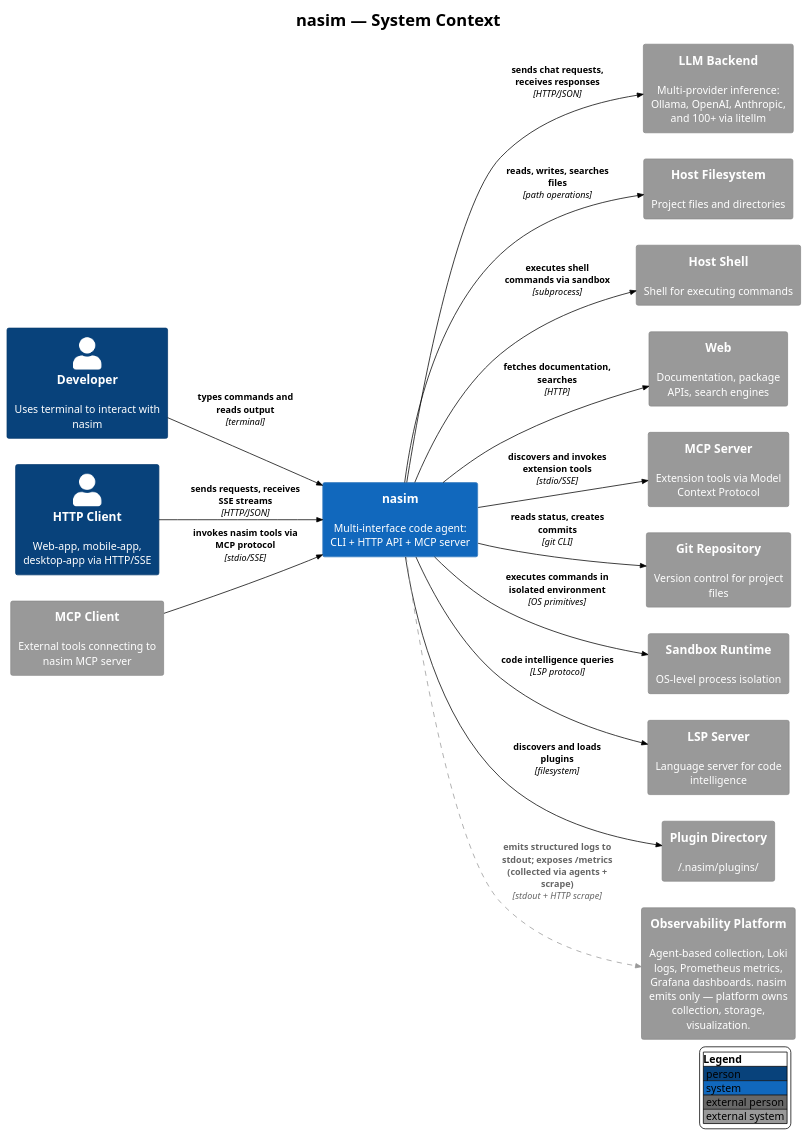
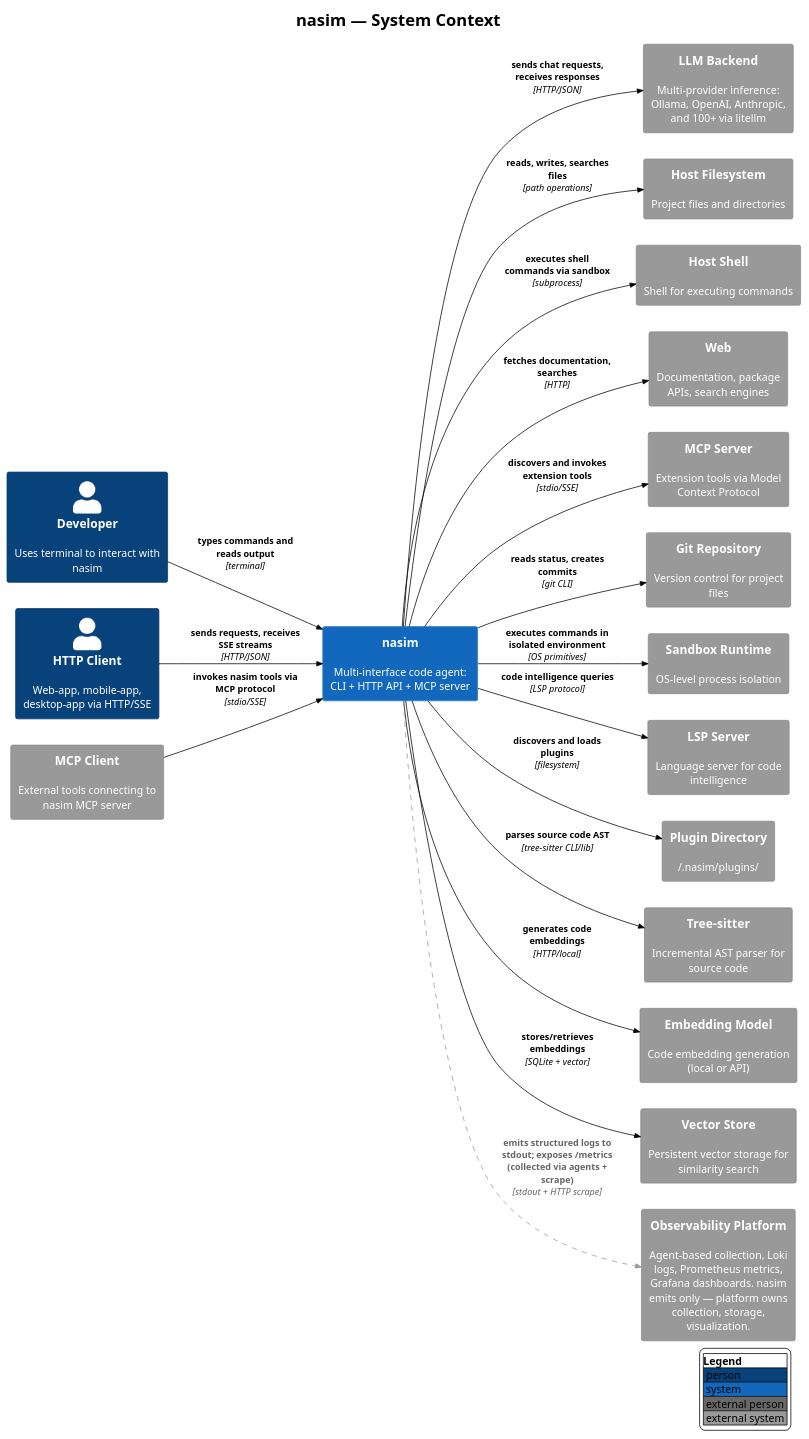
The diagram in docs/C4/c4_nasim_context.puml (salimnamvar/nasim), drawn with PlantUML before and after one commit. The commit also changed 10 other files, not shown here.

```diff
--- a/docs/C4/c4_nasim_context.puml
+++ b/docs/C4/c4_nasim_context.puml
@@ -1,80 +1,86 @@
 @startuml nasim_context
 !include https://raw.githubusercontent.com/plantuml-stdlib/C4-PlantUML/v2.10.0/C4_Context.puml
 !theme plain
 
 ' ============================================================
 ' Title: nasim — System Context
 ' Boundary: nasim code agent
 ' Purpose: Show nasim as a system with all interfaces and external dependencies
 ' Milestone: v1.0
 ' Version: 6.0.0
 ' Source: docs/audit/audit.2026.06.20.deep.domain.audit.md
 ' Review: —
 ' ============================================================
 
 LAYOUT_LEFT_RIGHT()
 LAYOUT_WITH_LEGEND()
 
 title nasim — System Context
 
 ' ============================================================
 ' Tags & Styling
 ' ============================================================
 
 AddElementTag("future", $bgColor="#F0F0F0", $fontColor="#666666", $borderColor="#999999", $borderStyle=DashedLine(), $legendText="Future scope (inactive)")
 AddRelTag("future_rel", $textColor="#666666", $lineColor="#999999", $lineStyle=DashedLine(), $legendText="Future relationship")
 
 ' ============================================================
 ' Actors
 ' ============================================================
 
 Person(dev, "Developer", "Uses terminal to interact with nasim")
 Person(http_client, "HTTP Client", "Web-app, mobile-app, desktop-app via HTTP/SSE")
 
 ' ============================================================
 ' nasim System
 ' ============================================================
 
 System(nasim, "nasim", "Multi-interface code agent: CLI + HTTP API + MCP server")
 
 ' ============================================================
 ' External Systems
 ' ============================================================
 
 System_Ext(llm_backend, "LLM Backend", "Multi-provider inference: Ollama, OpenAI, Anthropic, and 100+ via litellm")
 System_Ext(host_fs, "Host Filesystem", "Project files and directories")
 System_Ext(host_shell, "Host Shell", "Shell for executing commands")
 System_Ext(web, "Web", "Documentation, package APIs, search engines")
 System_Ext(mcp_server, "MCP Server", "Extension tools via Model Context Protocol")
 System_Ext(mcp_client, "MCP Client", "External tools connecting to nasim MCP server")
 System_Ext(git_repo, "Git Repository", "Version control for project files")
 System_Ext(sandbox, "Sandbox Runtime", "OS-level process isolation")
 System_Ext(lsp_server, "LSP Server", "Language server for code intelligence")
 System_Ext(plugin_dir, "Plugin Directory", "~/.nasim/plugins/")
+System_Ext(tree_sitter, "Tree-sitter", "Incremental AST parser for source code")
+System_Ext(embedding_model, "Embedding Model", "Code embedding generation (local or API)")
+System_Ext(vector_store, "Vector Store", "Persistent vector storage for similarity search")
 
 ' ============================================================
 ' Observability Platform (tenas pattern: emit-only app, platform-owned collection)
 ' ============================================================
 
 System_Ext(obs_platform, "Observability Platform", "Agent-based collection, Loki logs, Prometheus metrics, Grafana dashboards. nasim emits only — platform owns collection, storage, visualization.")
 
 ' ============================================================
 ' Relationships
 ' ============================================================
 
 Rel(dev, nasim, "types commands and reads output", "terminal")
 Rel(http_client, nasim, "sends requests, receives SSE streams", "HTTP/JSON")
 Rel(nasim, llm_backend, "sends chat requests, receives responses", "HTTP/JSON")
 Rel(nasim, host_fs, "reads, writes, searches files", "path operations")
 Rel(nasim, host_shell, "executes shell commands via sandbox", "subprocess")
 Rel(nasim, web, "fetches documentation, searches", "HTTP")
 Rel(nasim, mcp_server, "discovers and invokes extension tools", "stdio/SSE")
 Rel(mcp_client, nasim, "invokes nasim tools via MCP protocol", "stdio/SSE")
 Rel(nasim, git_repo, "reads status, creates commits", "git CLI")
 Rel(nasim, sandbox, "executes commands in isolated environment", "OS primitives")
 Rel(nasim, lsp_server, "code intelligence queries", "LSP protocol")
 Rel(nasim, plugin_dir, "discovers and loads plugins", "filesystem")
+Rel(nasim, tree_sitter, "parses source code AST", "tree-sitter CLI/lib")
+Rel(nasim, embedding_model, "generates code embeddings", "HTTP/local")
+Rel(nasim, vector_store, "stores/retrieves embeddings", "SQLite + vector")
 
 Rel(nasim, obs_platform, "emits structured logs to stdout; exposes /metrics (collected via agents + scrape)", "stdout + HTTP scrape", $tags="future_rel")
 
 @enduml
```
